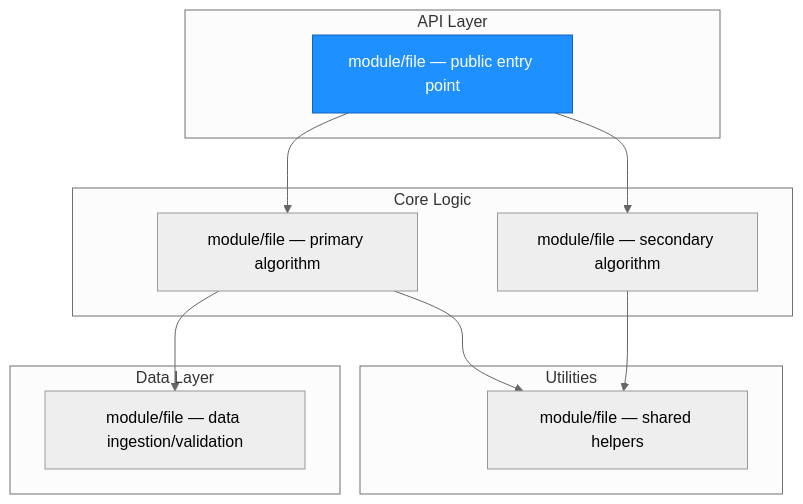
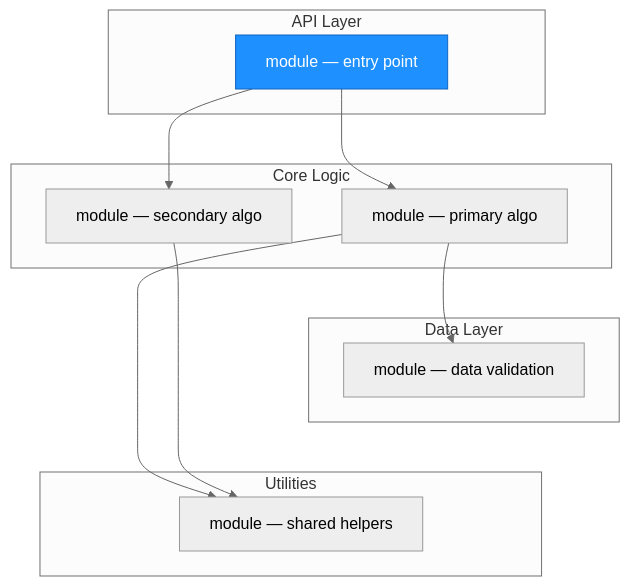
Before and after one commit to statsclaw/statsclaw: the first of 3 diagrams in templates/architecture.md, drawn with Mermaid. The commit also changed other lines of this file and 1 other file, not shown here.

First line of the commit message:
fix: enforce vertical-only narrow layout for architecture diagrams

````diff
--- a/templates/architecture.md
+++ b/templates/architecture.md
@@ -13,28 +21,32 @@
 ```mermaid
 %%{init: {'theme': 'neutral'}}%%
 graph TD
     subgraph API["API Layer"]
-        A1["module/file — public entry point"]
+        A1["module — entry point"]
     end
 
     subgraph Core["Core Logic"]
-        C1["module/file — primary algorithm"]
-        C2["module/file — secondary algorithm"]
+        C1["module — primary algo"]
+        C2["module — secondary algo"]
     end
 
     subgraph Data["Data Layer"]
-        D1["module/file — data ingestion/validation"]
+        D1["module — data validation"]
     end
 
     subgraph Utils["Utilities"]
-        U1["module/file — shared helpers"]
+        U1["module — shared helpers"]
     end
+
+    API ~~~ Core
+    Core ~~~ Data
+    Data ~~~ Utils
 
     A1 --> C1
     A1 --> C2
     C1 --> D1
     C1 --> U1
     C2 --> U1
 
     style A1 fill:#1e90ff,stroke:#1565c0,color:#fff
 ```
````
